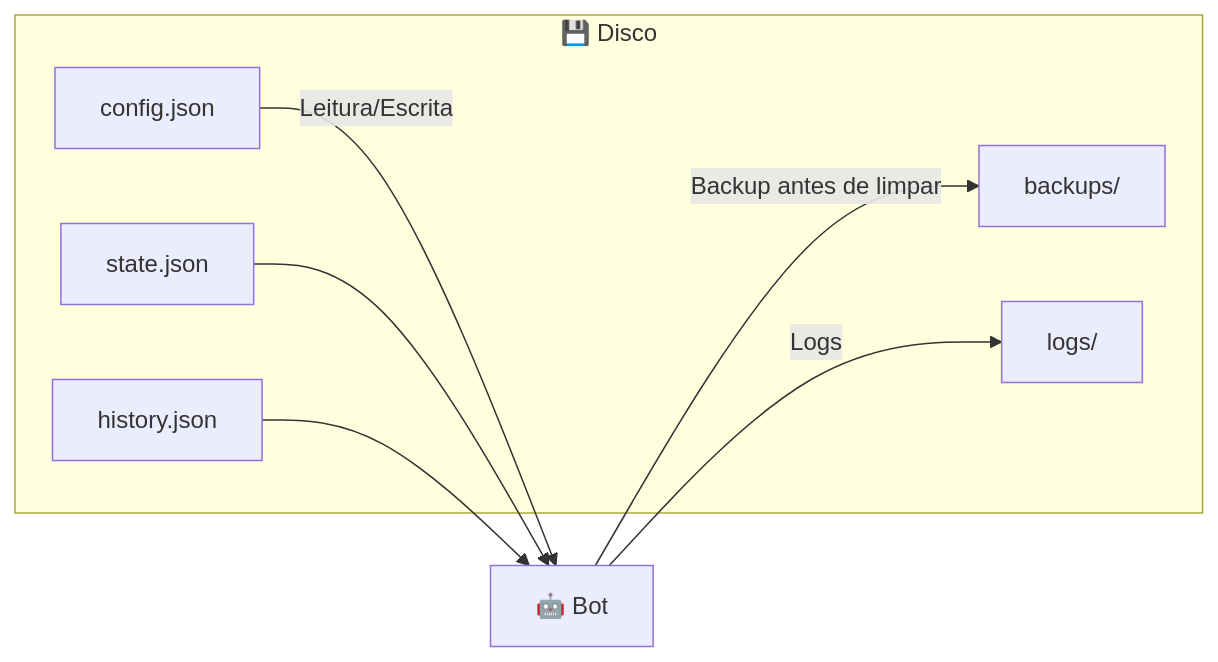
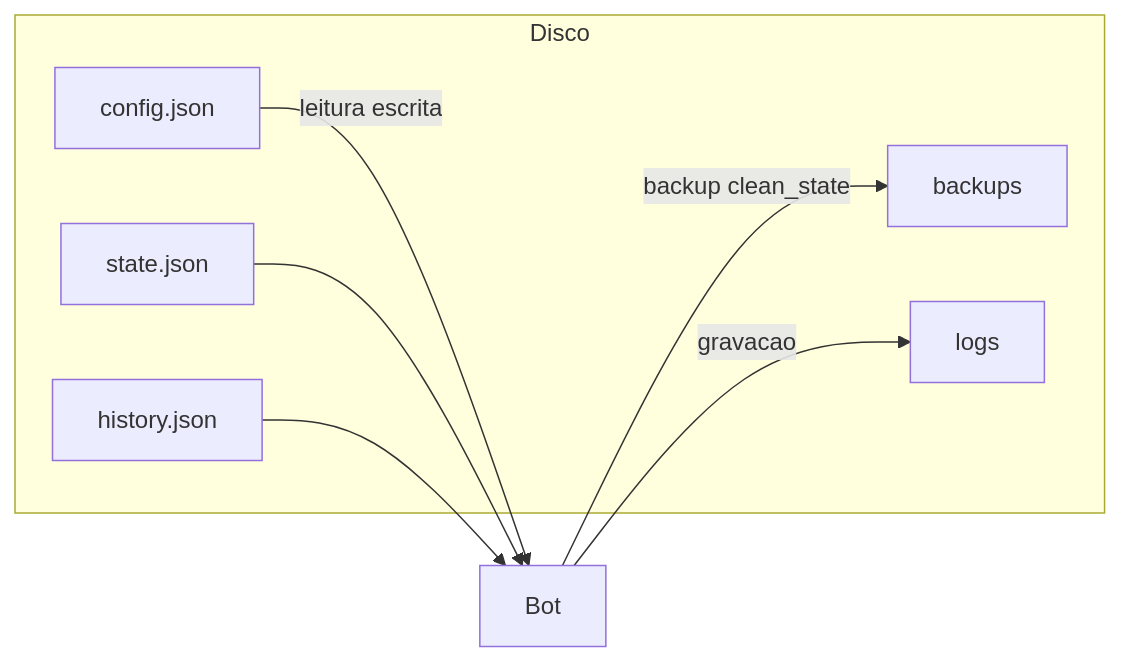
The second of 5 diagrams in docs/ARCHITECTURE.md (carmipa/gundam-news-discord), drawn with Mermaid before and after one commit. The commit also changed other lines of this file and 1 other file, not shown here.

Commit message:
docs: Move architecture documentation to a dedicated file and improve README diagrams for GitHub rendering.

````diff
--- a/docs/ARCHITECTURE.md
+++ b/docs/ARCHITECTURE.md
@@ -93,16 +93,16 @@
 ```mermaid
 flowchart LR
-    subgraph Disco["💾 Disco"]
+    subgraph disco["Disco"]
         C["config.json"]
         S["state.json"]
         H["history.json"]
-        B["backups/"]
-        L["logs/"]
+        B["backups"]
+        L["logs"]
     end
 
-    C -->|"Leitura/Escrita"| Bot["🤖 Bot"]
+    C -->|leitura escrita| Bot["Bot"]
     S --> Bot
     H --> Bot
-    Bot -->|"Backup antes de limpar"| B
-    Bot -->|"Logs"| L
+    Bot -->|backup clean_state| B
+    Bot -->|gravacao| L
 ```
````
